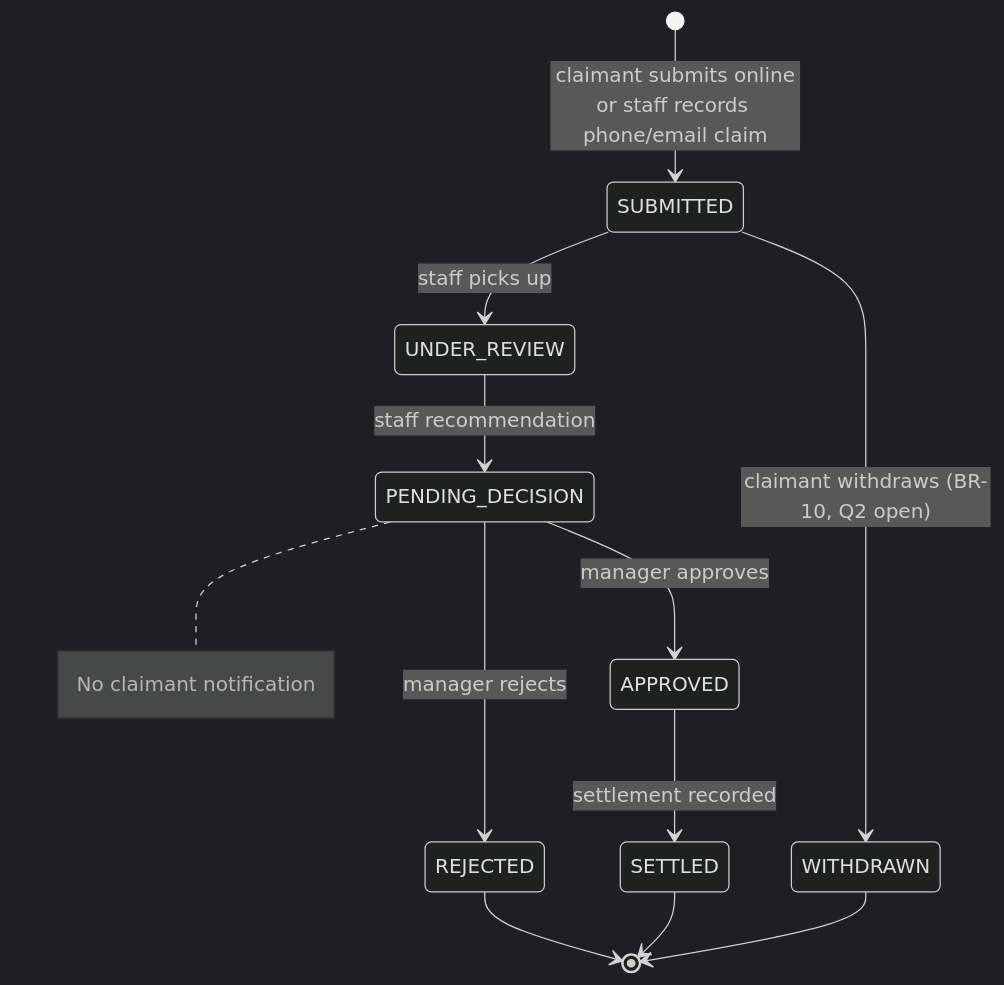
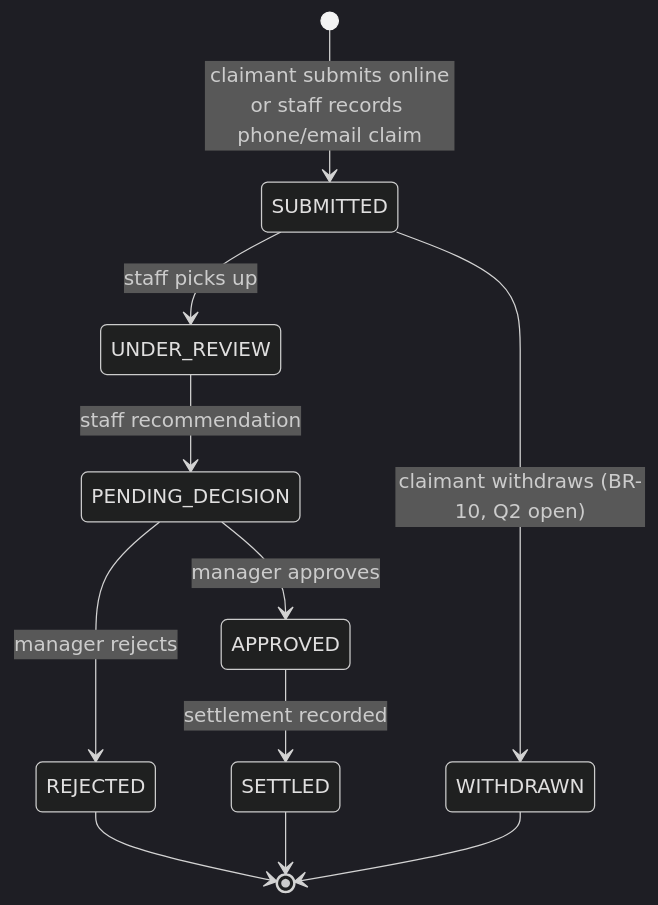
One commit to shruthi-va/backend-shruthi changed the diagram in docs/claim-lifecycle.md. Above: the diagram before and after it, drawn with Mermaid (dark theme). The commit also changed 46 other files, not shown here.

````diff
--- a/docs/claim-lifecycle.md
+++ b/docs/claim-lifecycle.md
@@ -5,15 +5,13 @@
 ```mermaid
 stateDiagram-v2
     [*] --> SUBMITTED: claimant submits online<br/>or staff records phone/email claim
     SUBMITTED --> UNDER_REVIEW: staff picks up
     SUBMITTED --> WITHDRAWN: claimant withdraws (BR-10, Q2 open)
     UNDER_REVIEW --> PENDING_DECISION: staff recommendation
     PENDING_DECISION --> APPROVED: manager approves
     PENDING_DECISION --> REJECTED: manager rejects
     APPROVED --> SETTLED: settlement recorded
     REJECTED --> [*]
     SETTLED --> [*]
     WITHDRAWN --> [*]
-
-    note right of PENDING_DECISION: No claimant notification
 ```
````
